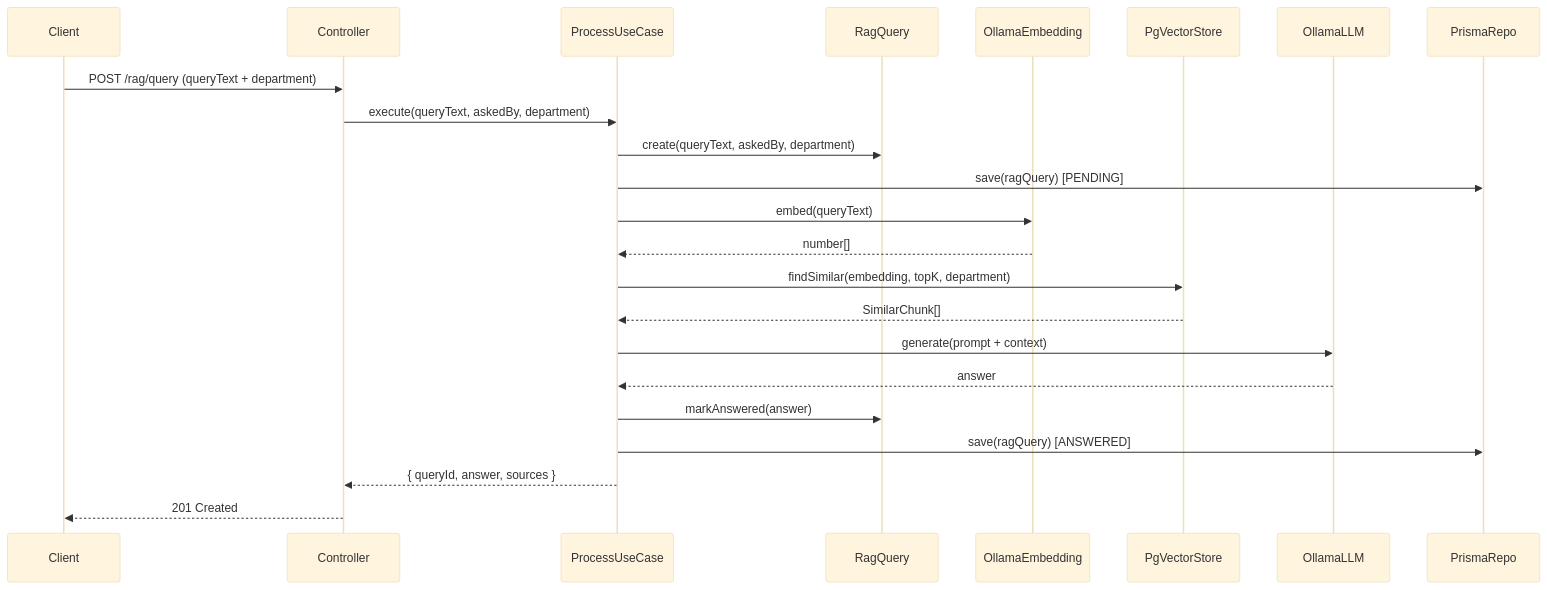
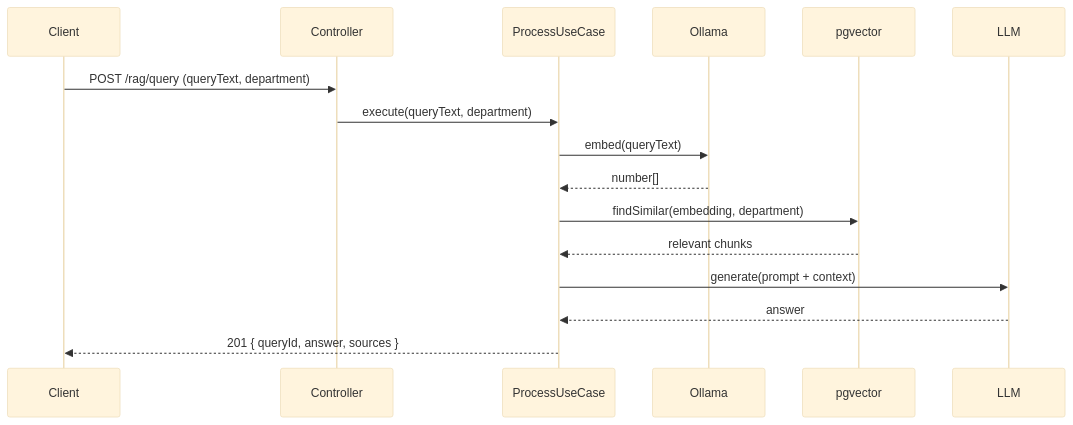
The third of 3 diagrams in README.md (vidaal126/Rag-api), drawn with Mermaid (base theme) before and after one commit. The commit also changed other lines of this file, not shown here.

````diff
--- a/README.md
+++ b/README.md
@@ -149,26 +123,19 @@
 ```mermaid
 sequenceDiagram
-    participant Client
-    participant Controller
-    participant ProcessUseCase
-    participant RagQuery
-    participant OllamaEmbedding
-    participant PgVectorStore
-    participant OllamaLLM
-    participant PrismaRepo
+    participant C as Client
+    participant CT as Controller
+    participant UC as ProcessUseCase
+    participant OL as Ollama
+    participant PV as pgvector
+    participant LLM as LLM
 
-    Client->>Controller: POST /rag/query (queryText + department)
-    Controller->>ProcessUseCase: execute(queryText, askedBy, department)
-    ProcessUseCase->>RagQuery: create(queryText, askedBy, department)
-    ProcessUseCase->>PrismaRepo: save(ragQuery) [PENDING]
-    ProcessUseCase->>OllamaEmbedding: embed(queryText)
-    OllamaEmbedding-->>ProcessUseCase: number[]
-    ProcessUseCase->>PgVectorStore: findSimilar(embedding, topK, department)
-    PgVectorStore-->>ProcessUseCase: SimilarChunk[]
-    ProcessUseCase->>OllamaLLM: generate(prompt + context)
-    OllamaLLM-->>ProcessUseCase: answer
-    ProcessUseCase->>RagQuery: markAnswered(answer)
-    ProcessUseCase->>PrismaRepo: save(ragQuery) [ANSWERED]
-    ProcessUseCase-->>Controller: { queryId, answer, sources }
-    Controller-->>Client: 201 Created
+    C->>CT: POST /rag/query (queryText, department)
+    CT->>UC: execute(queryText, department)
+    UC->>OL: embed(queryText)
+    OL-->>UC: number[]
+    UC->>PV: findSimilar(embedding, department)
+    PV-->>UC: relevant chunks
+    UC->>LLM: generate(prompt + context)
+    LLM-->>UC: answer
+    UC-->>C: 201 { queryId, answer, sources }
 ```
````
